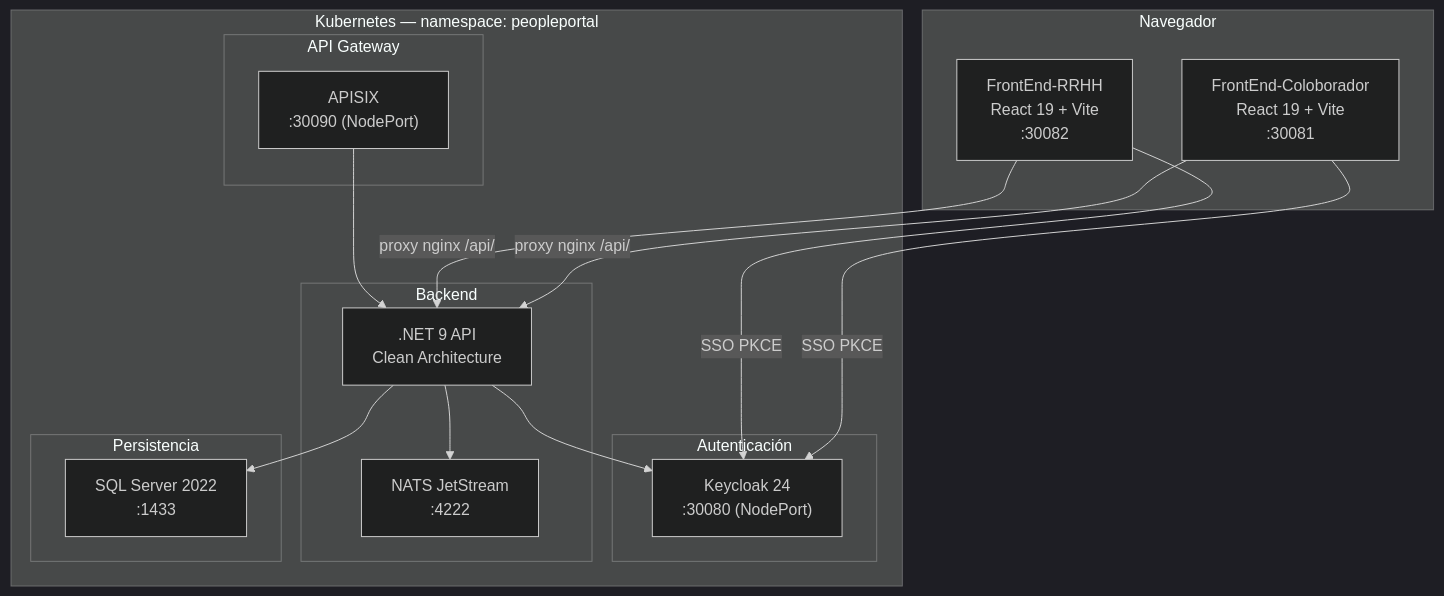
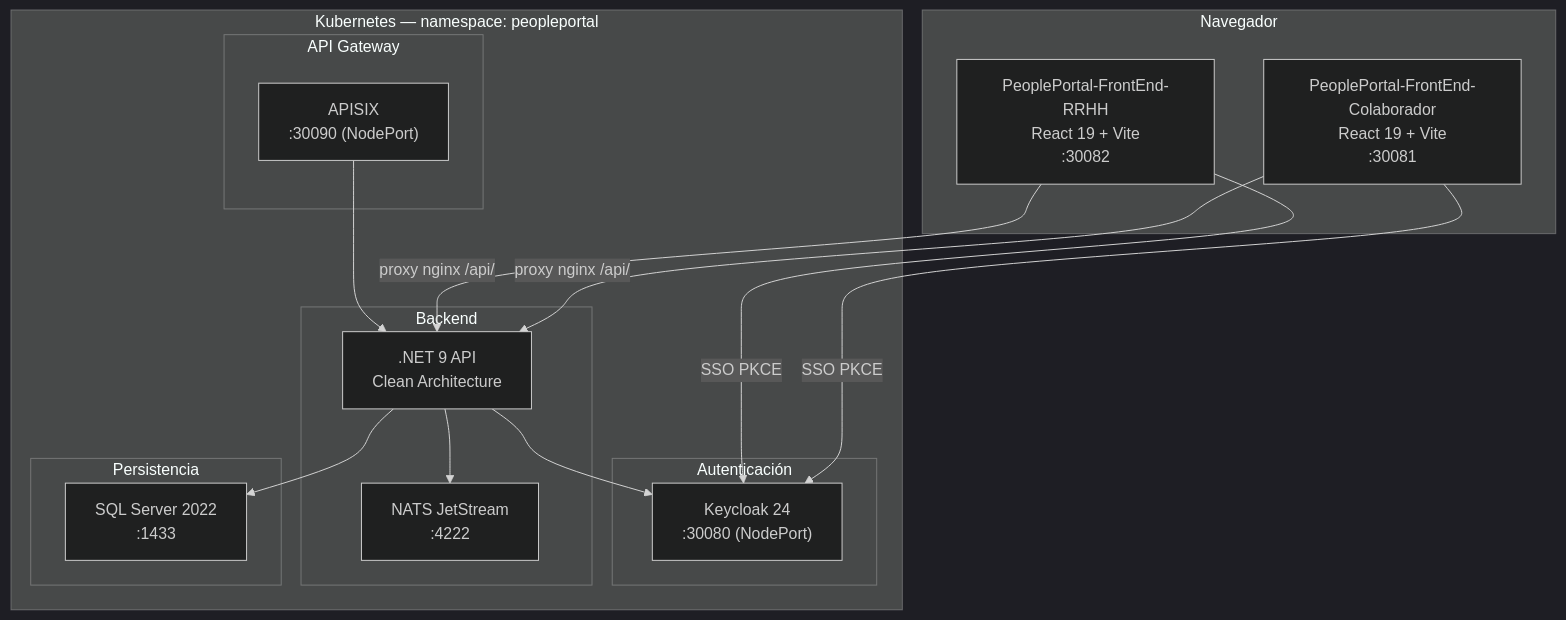
The diagram in docs/arquitectura.md (bryanjosue17/ProyectoIA-Forza), drawn with Mermaid (dark theme) before and after one commit. The commit also changed 10 other files, not shown here.

````diff
--- a/docs/arquitectura.md
+++ b/docs/arquitectura.md
@@ -7,35 +7,35 @@
 ```mermaid
 flowchart TB
     subgraph Browser["Navegador"]
-        ColabApp["FrontEnd-Coloborador\nReact 19 + Vite\n:30081"]
-        RRHHApp["FrontEnd-RRHH\nReact 19 + Vite\n:30082"]
+        ColabApp["PeoplePortal-FrontEnd-Colaborador\nReact 19 + Vite\n:30081"]
+        RRHHApp["PeoplePortal-FrontEnd-RRHH\nReact 19 + Vite\n:30082"]
     end
 
     subgraph K8s["Kubernetes — namespace: peopleportal"]
         subgraph Auth["Autenticación"]
             KC["Keycloak 24\n:30080 (NodePort)"]
         end
 
         subgraph Gateway["API Gateway"]
             APISIX["APISIX\n:30090 (NodePort)"]
         end
 
         subgraph Backend["Backend"]
             API[".NET 9 API\nClean Architecture"]
             NATS["NATS JetStream\n:4222"]
         end
 
         subgraph Data["Persistencia"]
             SQL["SQL Server 2022\n:1433"]
         end
     end
 
     ColabApp -->|SSO PKCE| KC
     RRHHApp  -->|SSO PKCE| KC
     ColabApp -->|proxy nginx /api/| API
     RRHHApp  -->|proxy nginx /api/| API
     API      --> KC
     API      --> SQL
     API      --> NATS
     APISIX   --> API
 ```
````
